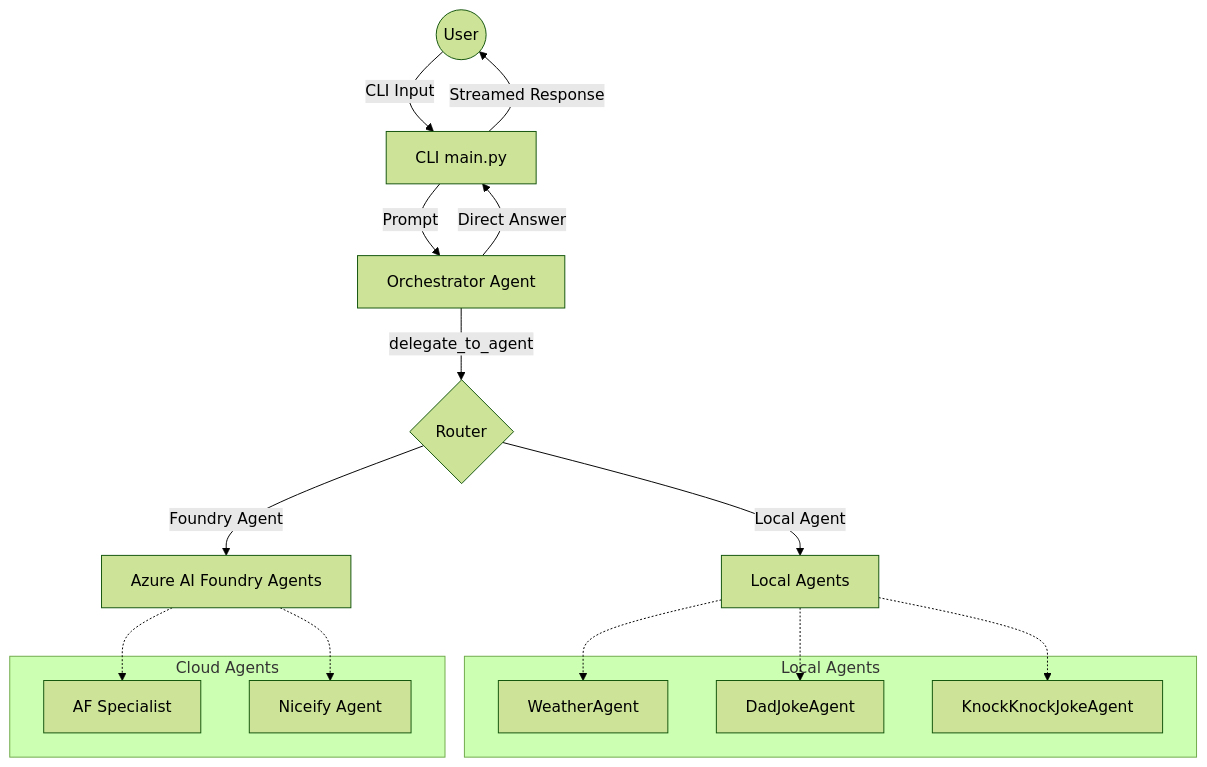
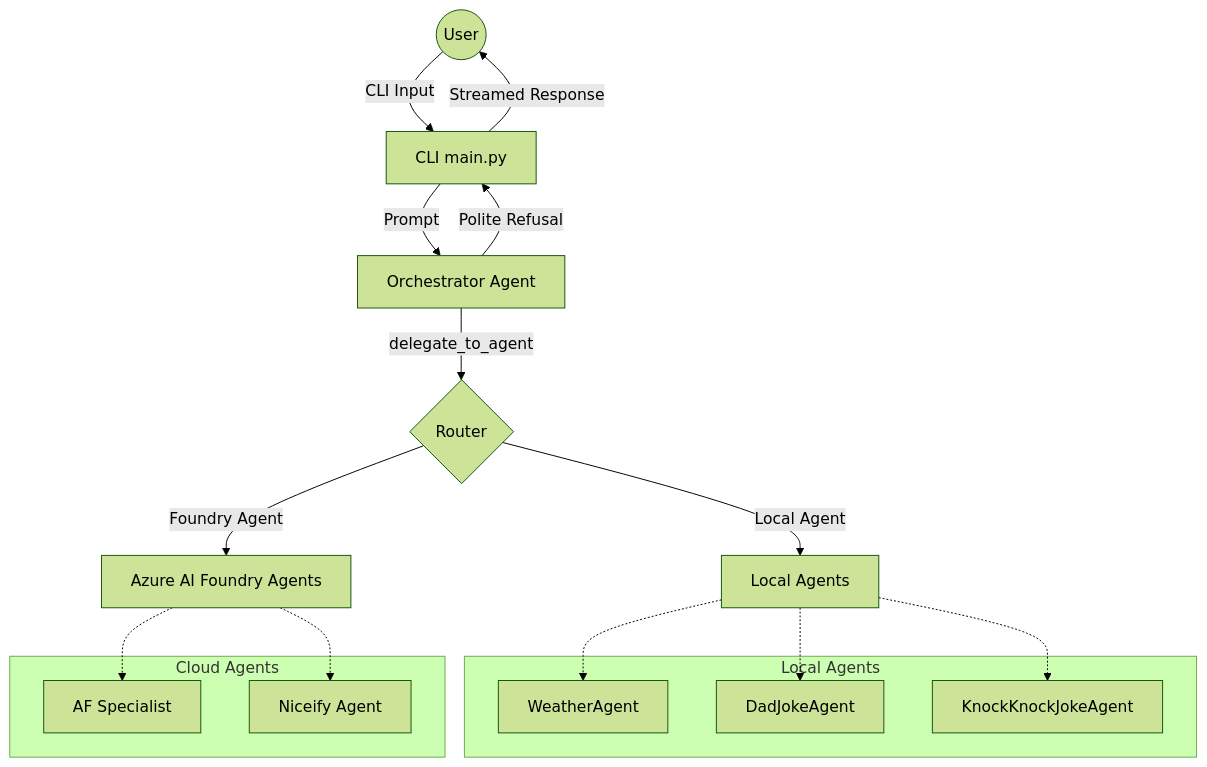
One commit to marlinspike/Foundry-Agent changed the diagram in README.md. Above: the diagram before and after it, drawn with Mermaid (forest theme).

Commit message:
Updated mermaid

````diff
--- a/README.md
+++ b/README.md
@@ -14,28 +14,28 @@
 ```mermaid
 graph TD
     User((User)) -->|CLI Input| CLI[CLI main.py]
     CLI -->|Streamed Response| User
     CLI -->|Prompt| Orch[Orchestrator Agent]
     
-    Orch -->|Direct Answer| CLI
+    Orch -->|Polite Refusal| CLI
     Orch -->|delegate_to_agent| Router{Router}
     
     Router -->|Local Agent| Local[Local Agents]
     Router -->|Foundry Agent| Foundry[Azure AI Foundry Agents]
     
     subgraph Local Agents
         Weather[WeatherAgent]
         Joke[DadJokeAgent]
         KnockKnock[KnockKnockJokeAgent]
     end
     Local -.-> Weather
     Local -.-> Joke
     Local -.-> KnockKnock
     
     subgraph Cloud Agents
         AF[AF Specialist]
         Niceify[Niceify Agent]
     end
     Foundry -.-> AF
     Foundry -.-> Niceify
 ```
````
